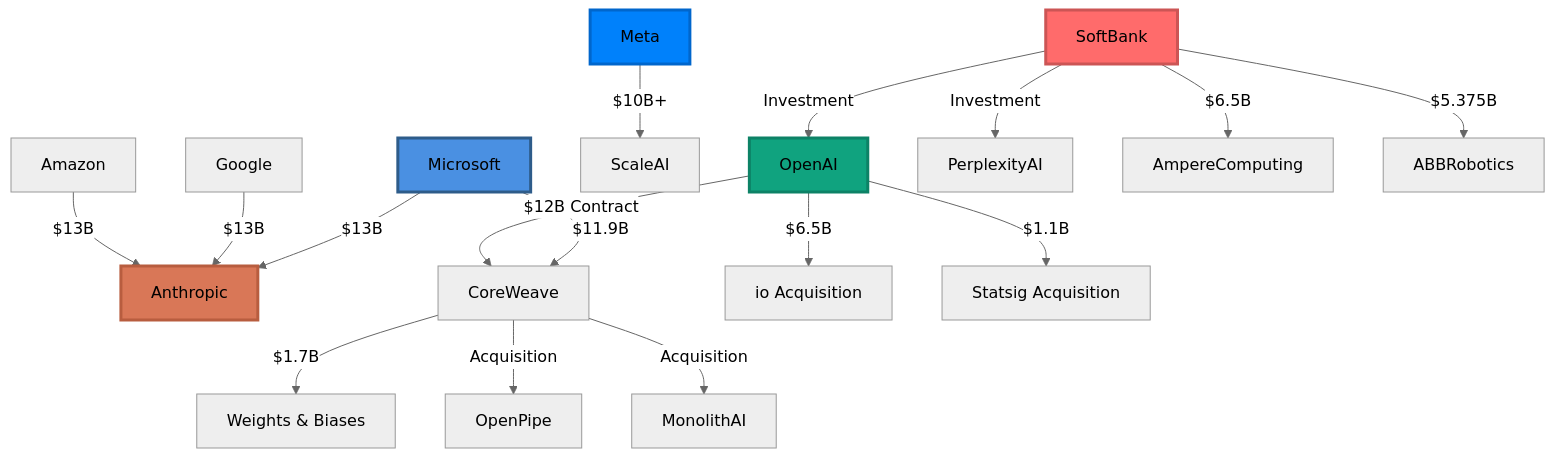
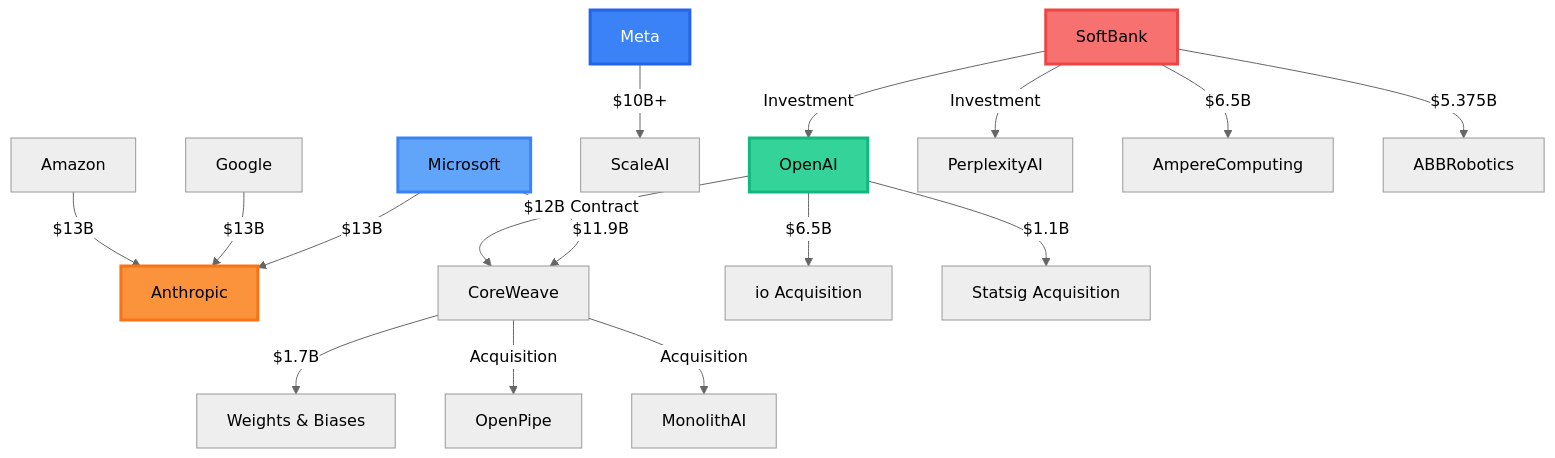
The first of 10 diagrams in INVESTMENTS.md (hildermesmedeiros/magic-contability), drawn with Mermaid (neutral theme) before and after one commit. The commit also changed other lines of this file, not shown here.

````diff
--- a/INVESTMENTS.md
+++ b/INVESTMENTS.md
@@ -7,24 +7,24 @@
 ```mermaid
 graph TD
     Microsoft -->|$13B| Anthropic
     Microsoft -->|$11.9B| CoreWeave
     Google -->|$13B| Anthropic
     Amazon -->|$13B| Anthropic
     Meta -->|$10B+| ScaleAI
     SoftBank -->|Investment| OpenAI
     SoftBank -->|Investment| PerplexityAI
     OpenAI -->|$6.5B| io[io Acquisition]
     OpenAI -->|$1.1B| Statsig[Statsig Acquisition]
     OpenAI -->|$12B Contract| CoreWeave
     CoreWeave -->|$1.7B| WeightsBiases[Weights & Biases]
     CoreWeave -->|Acquisition| OpenPipe
     CoreWeave -->|Acquisition| MonolithAI
     SoftBank -->|$6.5B| AmpereComputing
     SoftBank -->|$5.375B| ABBRobotics
     
-    style Microsoft fill:#4a90e2,stroke:#2e5c8a,stroke-width:3px
-    style OpenAI fill:#10a37f,stroke:#0d8266,stroke-width:3px
-    style Anthropic fill:#d97757,stroke:#b85d3f,stroke-width:3px
-    style Meta fill:#0081fb,stroke:#0066cc,stroke-width:3px
-    style SoftBank fill:#ff6b6b,stroke:#cc5555,stroke-width:3px
+    style Microsoft fill:#60a5fa,stroke:#3b82f6,stroke-width:3px,color:#000
+    style OpenAI fill:#34d399,stroke:#10b981,stroke-width:3px,color:#000
+    style Anthropic fill:#fb923c,stroke:#f97316,stroke-width:3px,color:#000
+    style Meta fill:#3b82f6,stroke:#2563eb,stroke-width:3px,color:#fff
+    style SoftBank fill:#f87171,stroke:#ef4444,stroke-width:3px,color:#000
 ```
````
